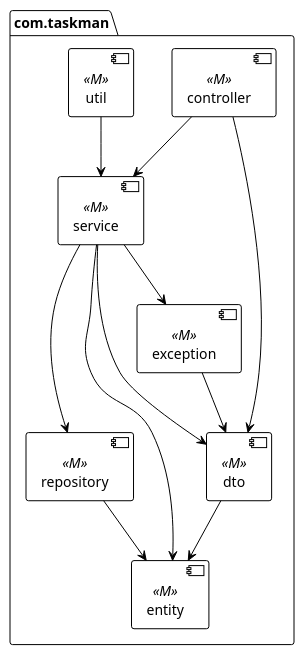
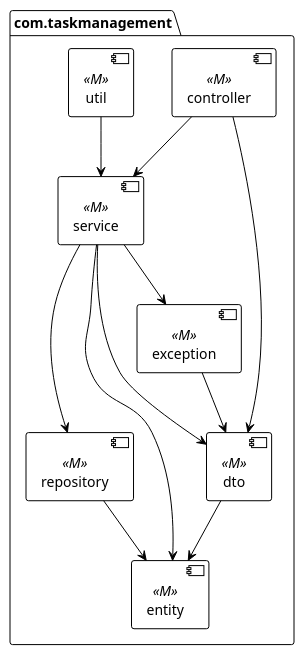
One commit to Liu-Shihao/task-management-sys changed the second of 6 diagrams in sdd/architecture.md. Above: the diagram before and after it, drawn with PlantUML. The commit also changed other lines of this file and 30 other files, not shown here.

````diff
--- a/sdd/architecture.md
+++ b/sdd/architecture.md
@@ -127,26 +127,26 @@
 ```plantuml
 @startuml
 !theme plain
 
-package "com.taskman" {
+package "com.taskmanagement" {
     [controller] <<M>>
     [service] <<M>>
     [repository] <<M>>
     [entity] <<M>>
     [dto] <<M>>
     [exception] <<M>>
     [util] <<M>>
 }
 
 [controller] --> [service]
 [controller] --> [dto]
 [service] --> [repository]
 [service] --> [entity]
 [service] --> [dto]
 [service] --> [exception]
 [repository] --> [entity]
 [dto] --> [entity]
 [exception] --> [dto]
 [util] --> [service]
 @enduml
 ```
````
